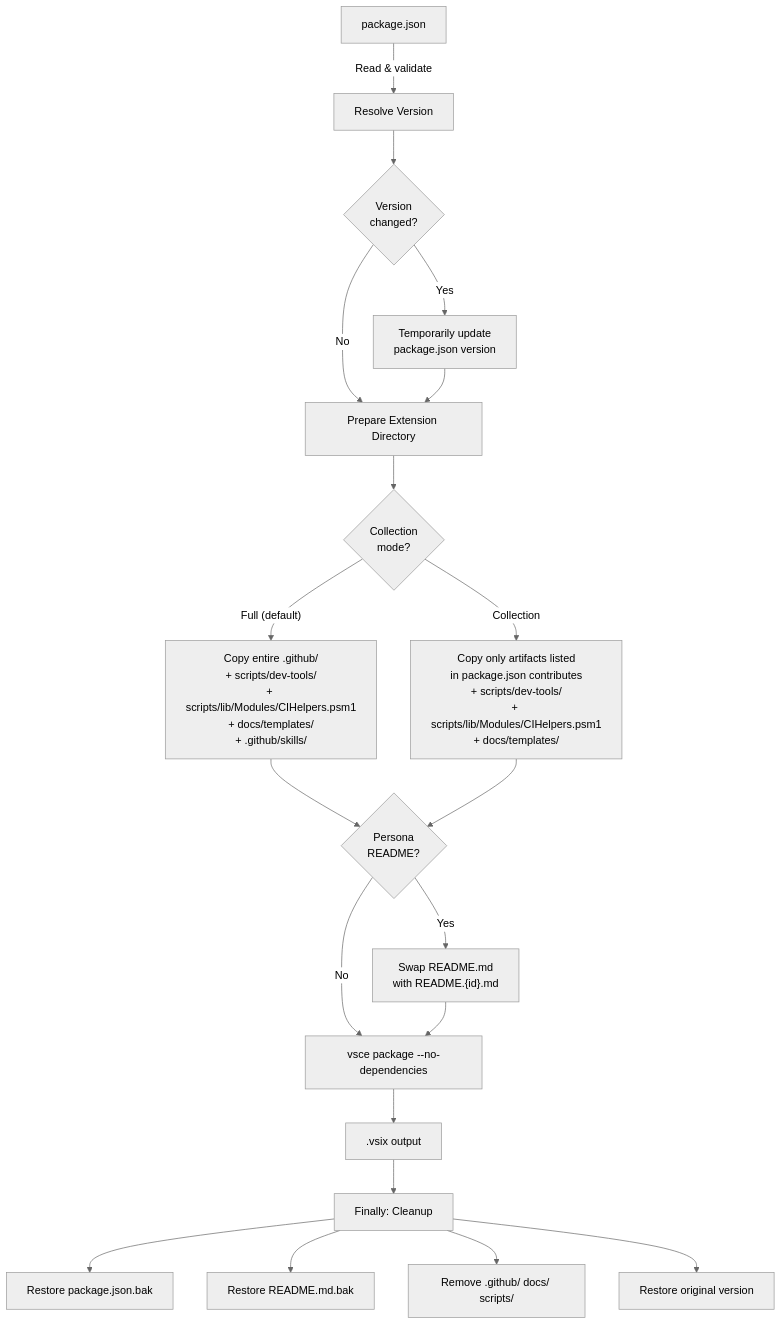
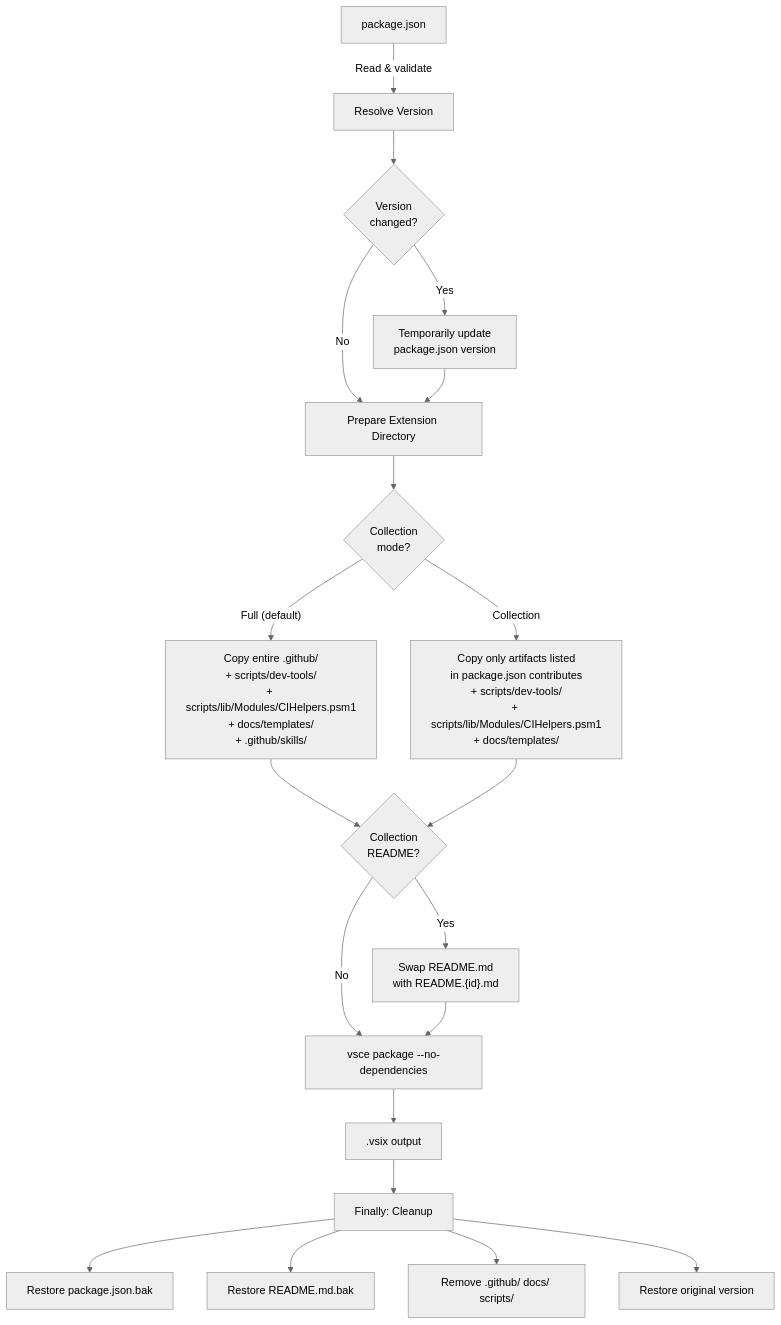
Before and after one commit to microsoft/hve-core: the third of 4 diagrams in extension/PACKAGING.md, drawn with Mermaid (neutral theme). The commit also changed other lines of this file and 16 other files, not shown here.

First line of the commit message:
refactor(scripts): rename persona terminology to collection across codebase

````diff
--- a/extension/PACKAGING.md
+++ b/extension/PACKAGING.md
@@ -183,26 +183,26 @@
 ```mermaid
 flowchart TB
     PKG["package.json"] -->|"Read & validate"| VER[Resolve Version]
     VER --> TMPVER{"Version<br/>changed?"}
     TMPVER -->|Yes| WRITE["Temporarily update<br/>package.json version"]
     TMPVER -->|No| PREP
     WRITE --> PREP[Prepare Extension Directory]
 
     PREP --> MODE{"Collection<br/>mode?"}
     MODE -->|"Full (default)"| FULL["Copy entire .github/<br/>+ scripts/dev-tools/<br/>+ scripts/lib/Modules/CIHelpers.psm1<br/>+ docs/templates/<br/>+ .github/skills/"]
     MODE -->|Collection| COLL["Copy only artifacts listed<br/>in package.json contributes<br/>+ scripts/dev-tools/<br/>+ scripts/lib/Modules/CIHelpers.psm1<br/>+ docs/templates/"]
 
-    FULL --> RDM{"Persona<br/>README?"}
+    FULL --> RDM{"Collection<br/>README?"}
     COLL --> RDM
     RDM -->|Yes| SWAP["Swap README.md<br/>with README.{id}.md"]
     RDM -->|No| VSCE
     SWAP --> VSCE
 
     VSCE["vsce package --no-dependencies"] --> VSIX[".vsix output"]
 
     VSIX --> CLEAN["Finally: Cleanup"]
     CLEAN --> R1["Restore package.json.bak"]
     CLEAN --> R2["Restore README.md.bak"]
     CLEAN --> R3["Remove .github/ docs/ scripts/"]
     CLEAN --> R4["Restore original version"]
 ```
````
